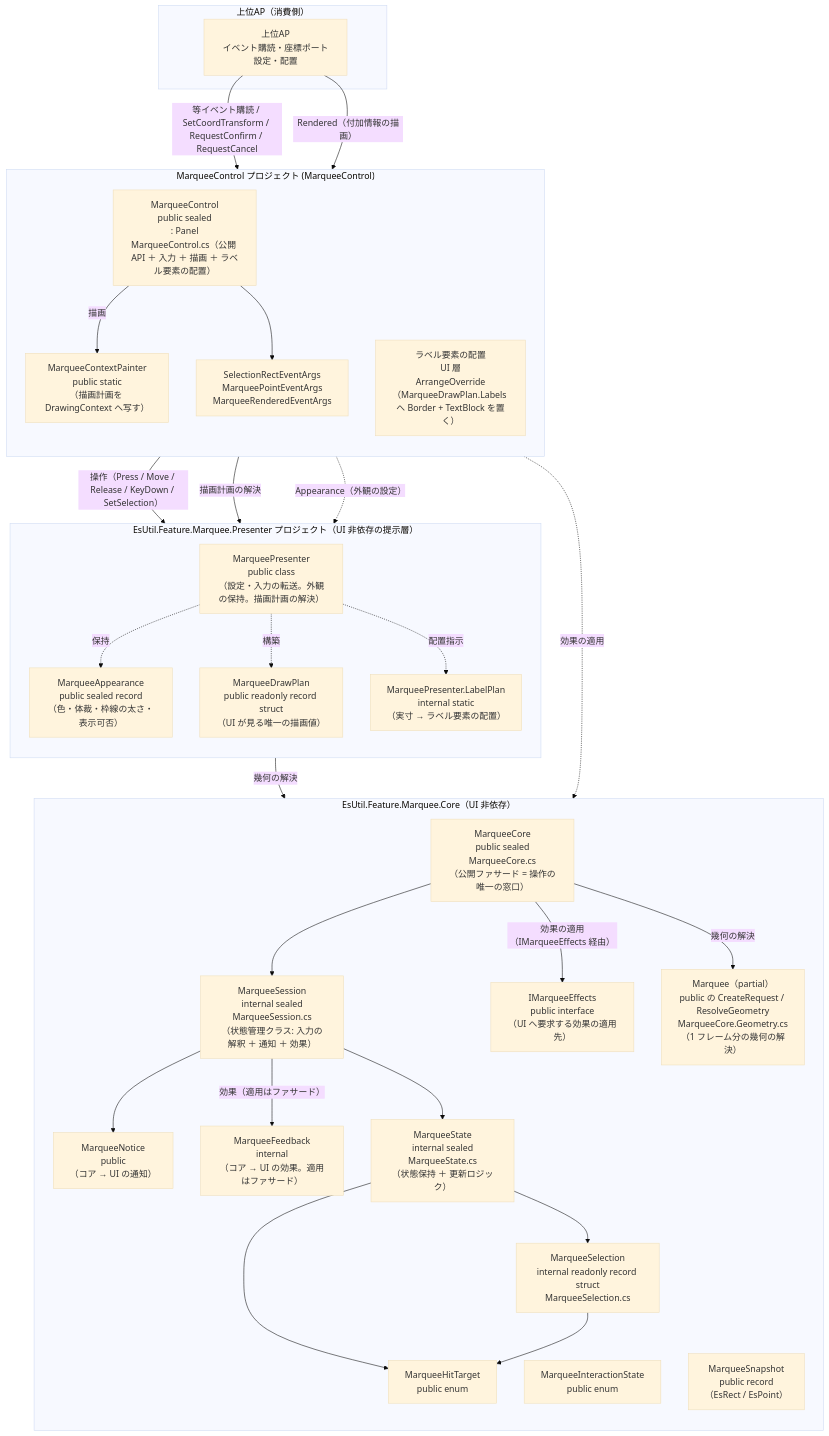
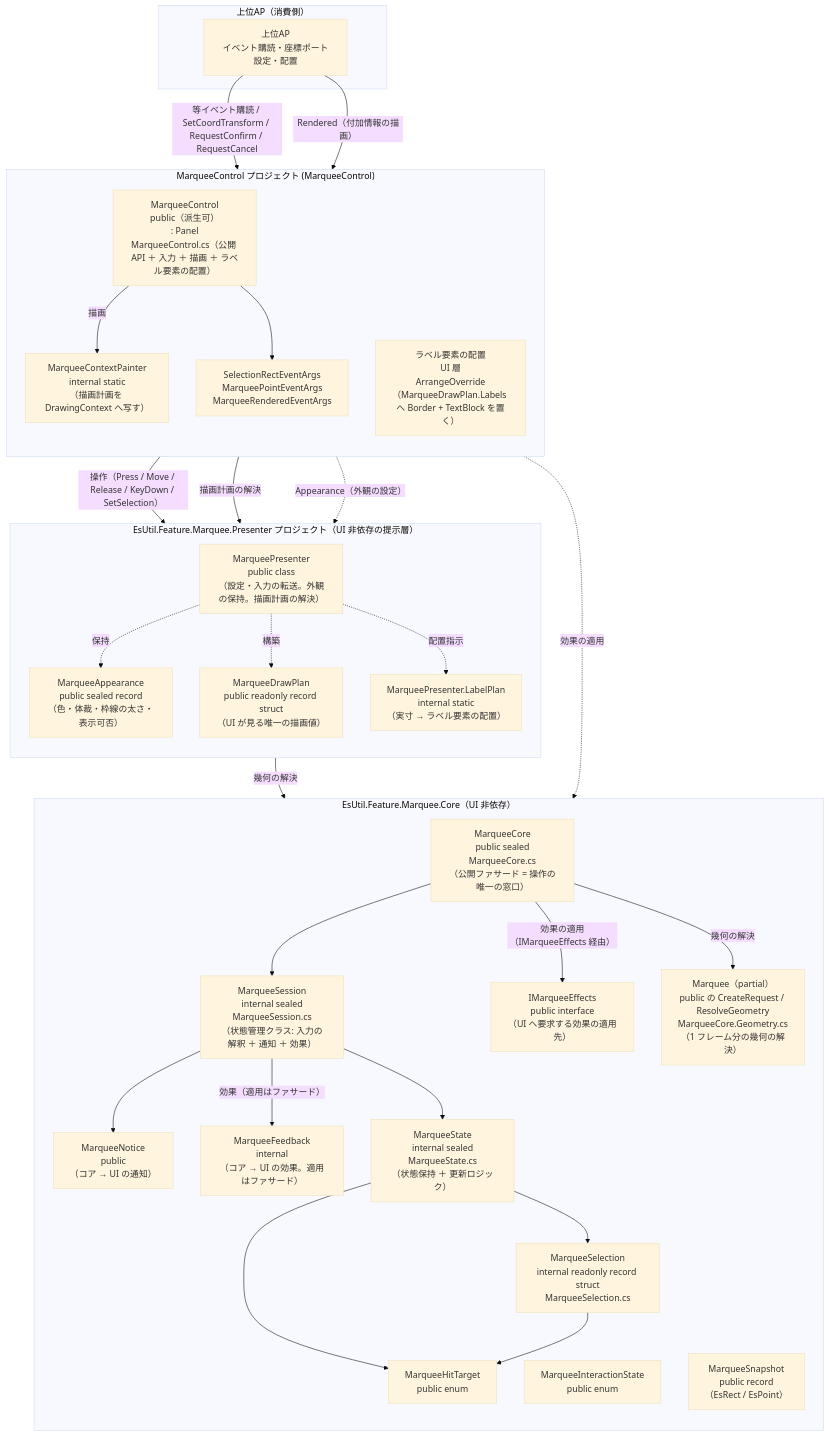
The first of 2 diagrams in src/EsUtil.Feature.Marquee.ControlAvaloniaUI/docs/SPEC_System.md (tomokuni/SaveEvidence), drawn with Mermaid (base theme) before and after one commit. The commit also changed other lines of this file and 32 other files, not shown here.

````diff
--- a/src/EsUtil.Feature.Marquee.ControlAvaloniaUI/docs/SPEC_System.md
+++ b/src/EsUtil.Feature.Marquee.ControlAvaloniaUI/docs/SPEC_System.md
@@ -98,56 +98,56 @@
 ```mermaid
 flowchart TB
     subgraph Host["上位AP（消費側）"]
         AP["上位AP<br/>イベント購読・座標ポート設定・配置"]
     end
     subgraph Core["EsUtil.Feature.Marquee.Core（UI 非依存）"]
         direction TB
         Fac["MarqueeCore<br/>public sealed<br/>MarqueeCore.cs<br/>（公開ファサード = 操作の唯一の窓口）"]
         Eff["IMarqueeEffects<br/>public interface<br/>（UI へ要求する効果の適用先）"]
         Ses["MarqueeSession<br/>internal sealed<br/>MarqueeSession.cs<br/>（状態管理クラス: 入力の解釈 ＋ 通知 ＋ 効果）"]
         Ntc["MarqueeNotice<br/>public<br/>（コア → UI の通知）"]
         Fbk["MarqueeFeedback<br/>internal<br/>（コア → UI の効果。適用はファサード）"]
         Stt["MarqueeState<br/>internal sealed<br/>MarqueeState.cs<br/>（状態保持 ＋ 更新ロジック）"]
         Geo["MarqueeSelection<br/>internal readonly record struct<br/>MarqueeSelection.cs"]
         Hdl["MarqueeHitTarget<br/>public enum"]
         Hdl2["MarqueeInteractionState<br/>public enum"]
         Hdl3["MarqueeSnapshot<br/>public record<br/>（EsRect / EsPoint）"]
         Frm["Marquee（partial）<br/>public の CreateRequest / ResolveGeometry<br/>MarqueeCore.Geometry.cs<br/>（1 フレーム分の幾何の解決）"]
     end
     subgraph DRC2["MarqueeControl プロジェクト (MarqueeControl)"]
         direction TB
-        Ctl["MarqueeControl<br/>public sealed<br/>: Panel<br/>MarqueeControl.cs（公開 API ＋ 入力 ＋ 描画 ＋ ラベル要素の配置）"]
-        Painter["MarqueeContextPainter<br/>public static<br/>（描画計画を DrawingContext へ写す）"]
+        Ctl["MarqueeControl<br/>public（派生可）<br/>: Panel<br/>MarqueeControl.cs（公開 API ＋ 入力 ＋ 描画 ＋ ラベル要素の配置）"]
+        Painter["MarqueeContextPainter<br/>internal static<br/>（描画計画を DrawingContext へ写す）"]
         Lbl["ラベル要素の配置<br/>UI 層<br/>ArrangeOverride<br/>（MarqueeDrawPlan.Labels へ Border + TextBlock を置く）"]
         Evt["SelectionRectEventArgs<br/>MarqueePointEventArgs<br/>MarqueeRenderedEventArgs"]
     end
     subgraph Rnd2["EsUtil.Feature.Marquee.Presenter プロジェクト（UI 非依存の提示層）"]
         direction TB
         Prs["MarqueePresenter<br/>public class<br/>（設定・入力の転送。外観の保持。描画計画の解決）"]
         Plan["MarqueeDrawPlan<br/>public readonly record struct<br/>（UI が見る唯一の描画値）"]
         Apx["MarqueeAppearance<br/>public sealed record<br/>（色・体裁・枠線の太さ・表示可否）"]
         Pln["MarqueePresenter.LabelPlan<br/>internal static<br/>（実寸 → ラベル要素の配置）"]
     end
 
     AP -->|等イベント購読 / SetCoordTransform / RequestConfirm / RequestCancel| Ctl
     AP -->|Rendered（付加情報の描画）| Lbl
     Ctl -->|操作（Press / Move / Release / KeyDown / SetSelection）| Prs
     Ctl -.->|効果の適用| Eff
     Ctl -->|描画計画の解決| Prs
     Ctl -->|描画| Painter
     Ctl -.->|Appearance（外観の設定）| Prs
     Prs -.->|保持| Apx
     Prs -.->|構築| Plan
     Prs -.->|配置指示| Pln
     Prs -->|幾何の解決| Fac
     Fac --> Ses
     Fac -->|効果の適用（IMarqueeEffects 経由）| Eff
     Fac -->|幾何の解決| Frm
     Ctl --> Evt
     Ses --> Ntc
     Ses -->|効果（適用はファサード）| Fbk
     Ses --> Stt
     Stt --> Geo
     Stt --> Hdl
     Geo --> Hdl
 ```
````
